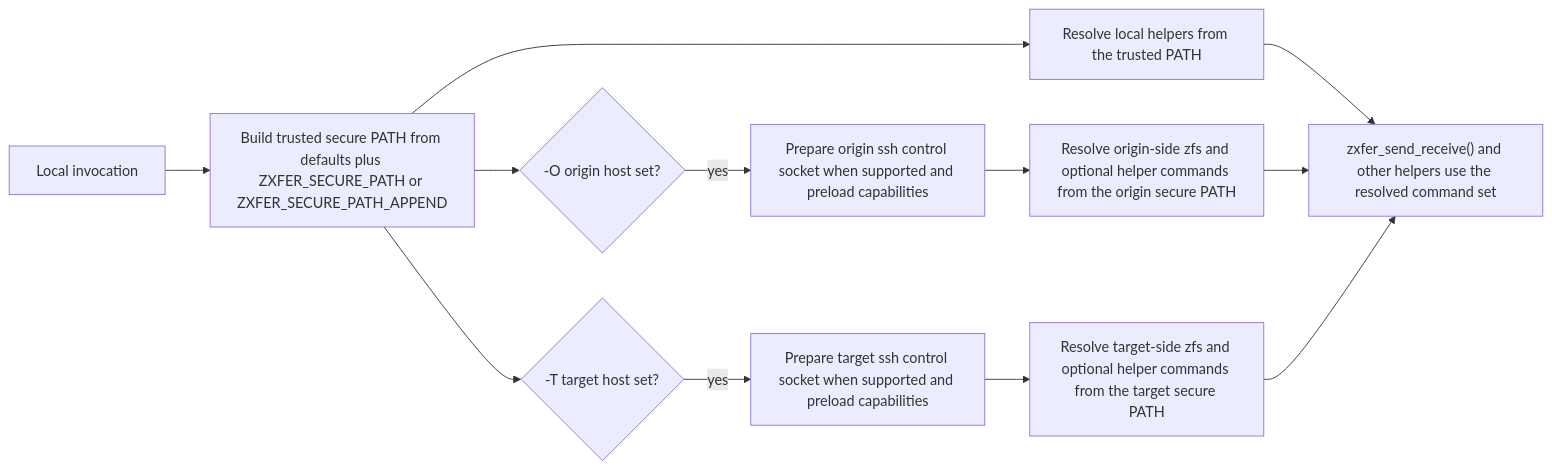
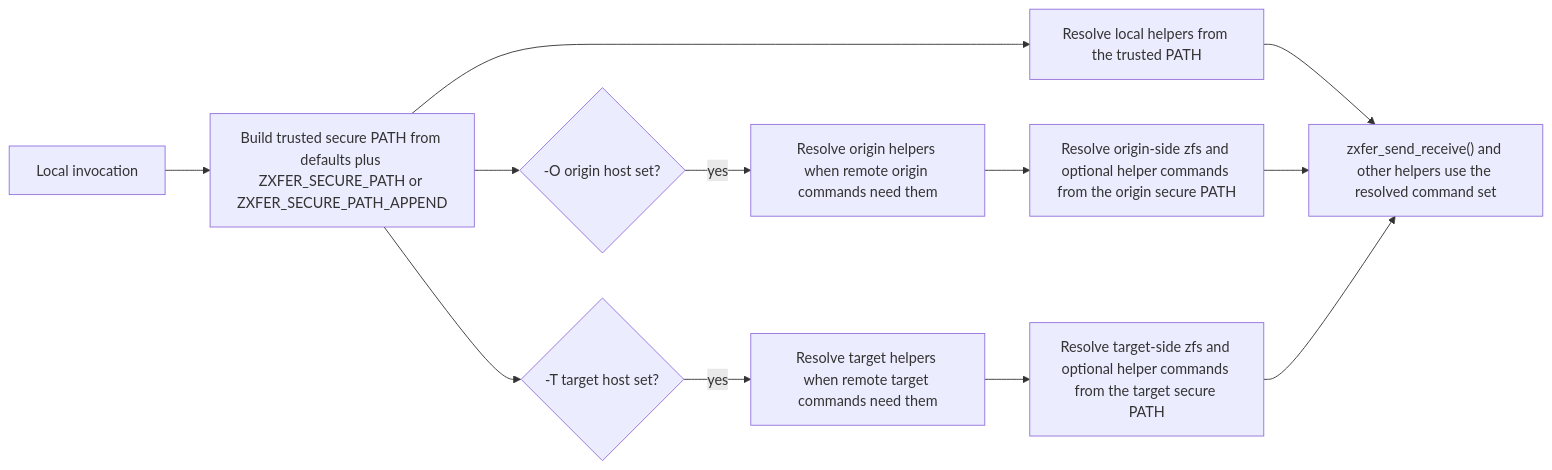
The first of 2 diagrams in docs/platforms.md (totalAldo/zxfer), drawn with Mermaid before and after one commit. The commit also changed other lines of this file and 14 other files, not shown here.

````diff
--- a/docs/platforms.md
+++ b/docs/platforms.md
@@ -47,14 +47,14 @@
 ```mermaid
 flowchart LR
     A["Local invocation"] --> B["Build trusted secure PATH from defaults plus ZXFER_SECURE_PATH or ZXFER_SECURE_PATH_APPEND"]
     B --> C{"-O origin host set?"}
     B --> D{"-T target host set?"}
     B --> E["Resolve local helpers from the trusted PATH"]
-    C -->|yes| F["Prepare origin ssh control socket when supported and preload capabilities"]
-    D -->|yes| G["Prepare target ssh control socket when supported and preload capabilities"]
+    C -->|yes| F["Resolve origin helpers when remote origin commands need them"]
+    D -->|yes| G["Resolve target helpers when remote target commands need them"]
     F --> H["Resolve origin-side zfs and optional helper commands from the origin secure PATH"]
     G --> I["Resolve target-side zfs and optional helper commands from the target secure PATH"]
     E --> J["zxfer_send_receive() and other helpers use the resolved command set"]
     H --> J
     I --> J
 ```
````
